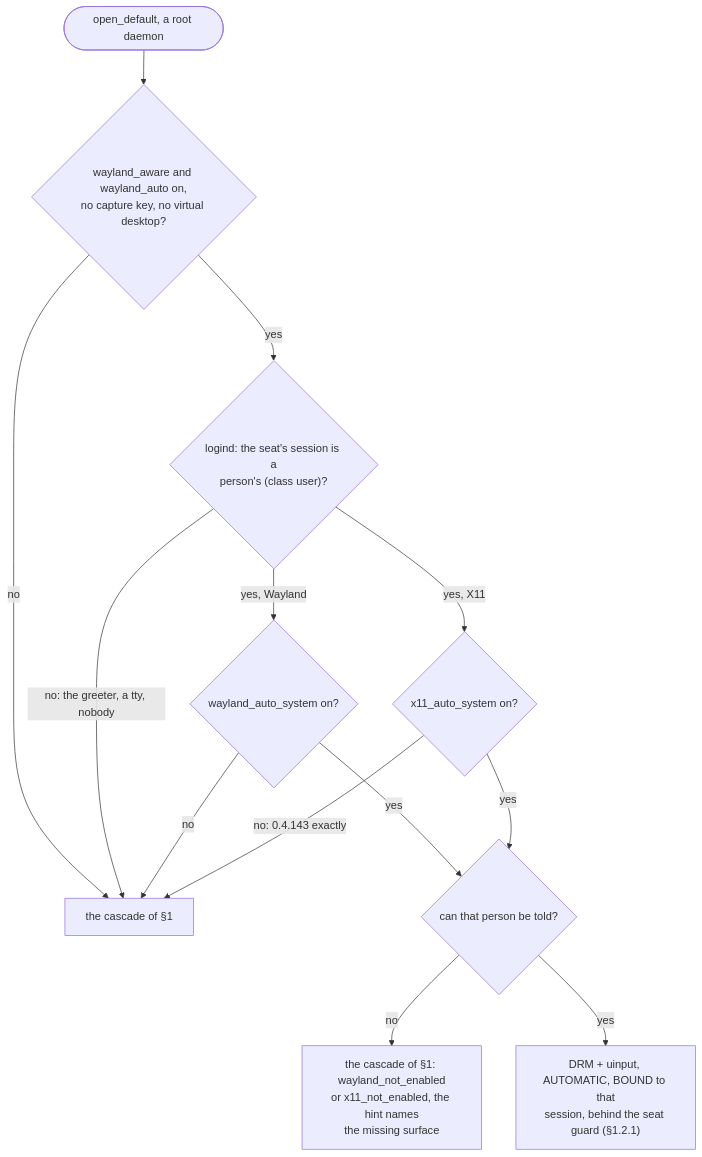
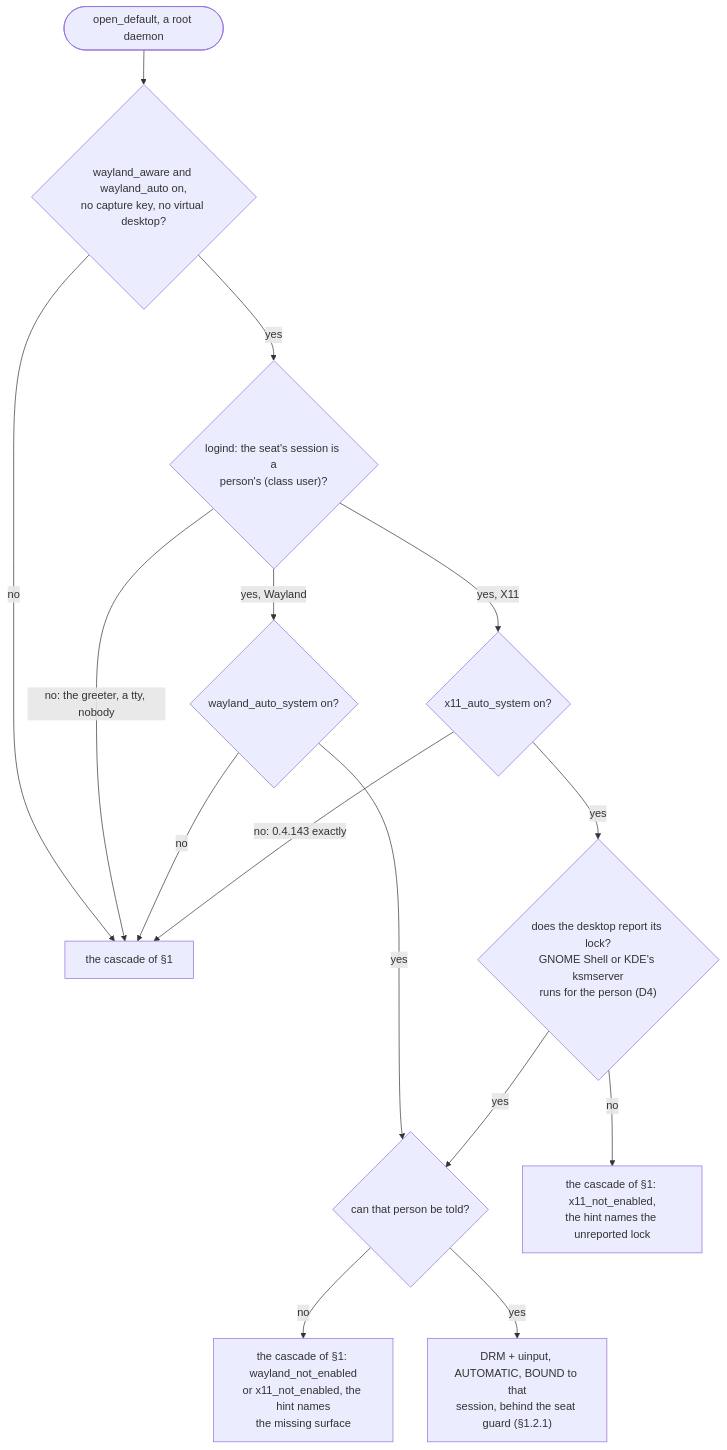
The fourth of 19 diagrams in docs/linux-capture.md (gjovanov/roomler-ai), drawn with Mermaid before and after one commit. The commit also changed other lines of this file and 5 other files, not shown here.

First line of the commit message:
fix(fr-113): D4 — refuse an X11 desktop that does not report its lock (review of #2471)

````diff
--- a/docs/linux-capture.md
+++ b/docs/linux-capture.md
@@ -417,15 +417,17 @@
 ```mermaid
 flowchart TD
     O([open_default, a root daemon]) --> K{"wayland_aware and wayland_auto on,<br/>no capture key, no virtual desktop?"}
     K -- no --> C["the cascade of §1"]
     K -- yes --> P{"logind: the seat's session is a<br/>person's (class user)?"}
     P -- "no: the greeter, a tty, nobody" --> C
     P -- "yes, Wayland" --> W{"wayland_auto_system on?"}
     P -- "yes, X11" --> X{"x11_auto_system on?"}
     W -- no --> C
     X -- "no: 0.4.143 exactly" --> C
     W -- yes --> T{"can that person be told?"}
-    X -- yes --> T
+    X -- yes --> L{"does the desktop report its lock?<br/>GNOME Shell or KDE's ksmserver<br/>runs for the person (D4)"}
+    L -- no --> U["the cascade of §1: x11_not_enabled,<br/>the hint names the unreported lock"]
+    L -- yes --> T
     T -- no --> N["the cascade of §1: wayland_not_enabled<br/>or x11_not_enabled, the hint names<br/>the missing surface"]
     T -- yes --> D["DRM + uinput, AUTOMATIC, BOUND to that<br/>session, behind the seat guard (§1.2.1)"]
 ```
````
